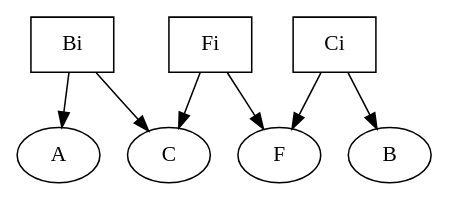
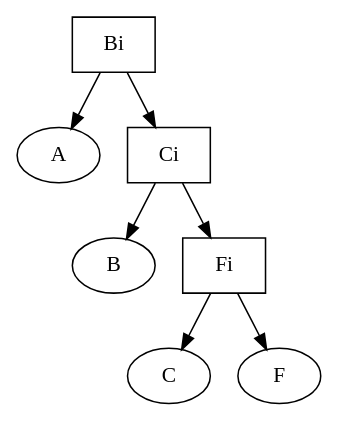
One commit to LoreBz/Conc2015BST changed the diagram in ConcurrentBST/BST.dot. Above: the diagram before and after it, drawn with Graphviz. The commit also changed 10 other files, not shown here.

```diff
--- a/ConcurrentBST/BST.dot
+++ b/ConcurrentBST/BST.dot
@@ -1,11 +1,11 @@
 digraph BST {
 Bi [shape=box];
 Bi -> A;
-Bi -> C;
+Bi -> Ci;
 Ci [shape=box];
 Ci -> B;
-Ci -> F;
+Ci -> Fi;
 Fi [shape=box];
 Fi -> C;
 Fi -> F;
 }
```
